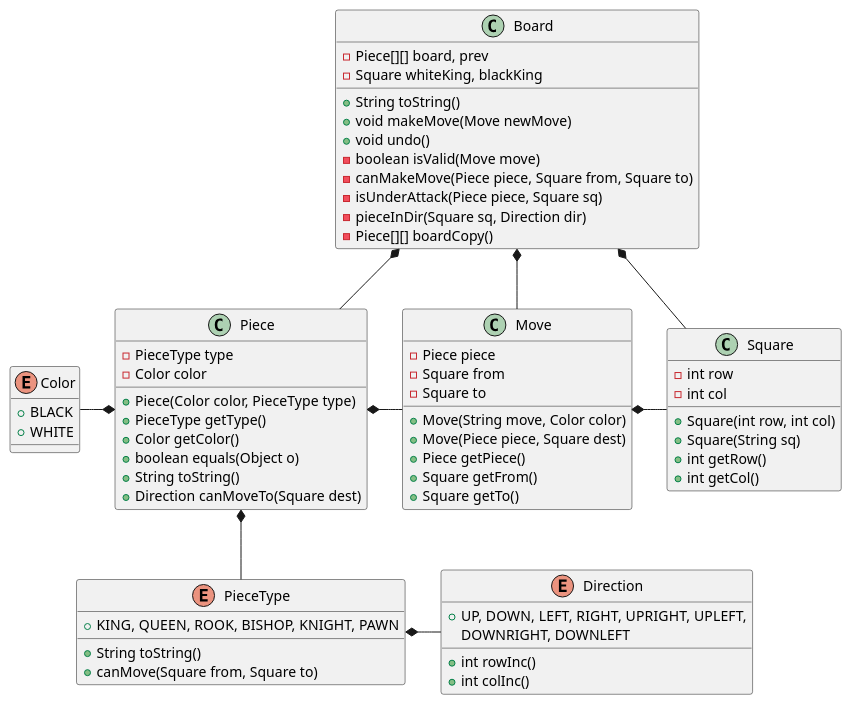
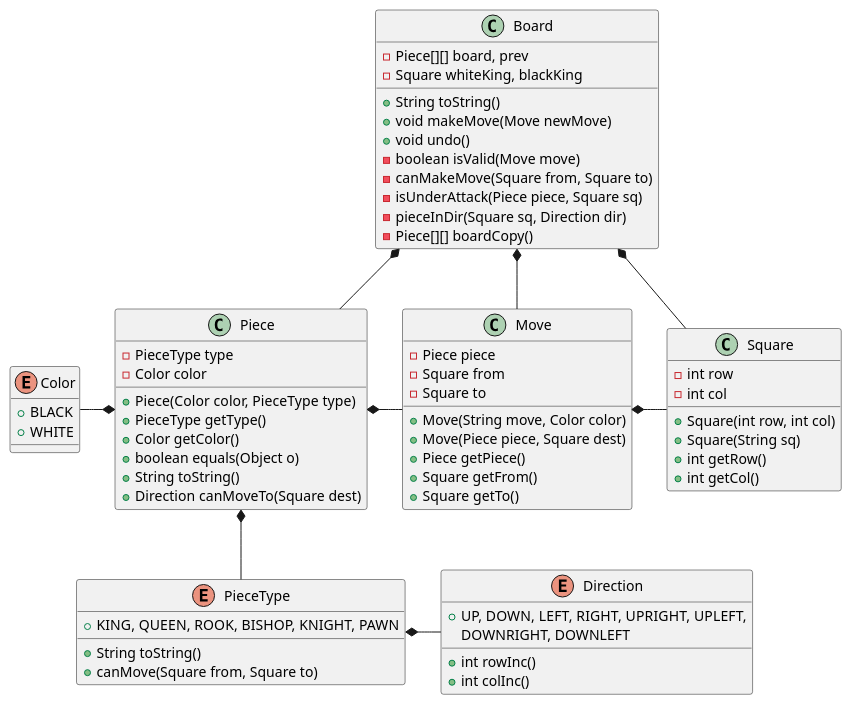
One commit to rodrihern/POO-ITBA changed the diagram in src/Chess/utils/Chess_diagram.puml. Above: the diagram before and after it, drawn with PlantUML. The commit also changed 1 other file, not shown here.

Commit message:
finished canMakeMove function in Board

```diff
--- a/src/Chess/utils/Chess_diagram.puml
+++ b/src/Chess/utils/Chess_diagram.puml
@@ -1,75 +1,75 @@
 @startuml
 
 
 class Board {
     -Piece[][] board, prev
     -Square whiteKing, blackKing
     +String toString()
     +void makeMove(Move newMove)
     +void undo()
     -boolean isValid(Move move)
-    -canMakeMove(Piece piece, Square from, Square to)
+    -canMakeMove(Square from, Square to)
     -isUnderAttack(Piece piece, Square sq)
     -pieceInDir(Square sq, Direction dir)
     -Piece[][] boardCopy()
 }
 
 class Piece {
     -PieceType type
     -Color color
     +Piece(Color color, PieceType type)
     +PieceType getType()
     +Color getColor()
     +boolean equals(Object o)
     +String toString()
     +Direction canMoveTo(Square dest)
 }
 
 class Move {
     -Piece piece
     -Square from
     -Square to
     +Move(String move, Color color)
     +Move(Piece piece, Square dest)
     +Piece getPiece()
     +Square getFrom()
     +Square getTo()
 }
 
 class Square {
     -int row
     -int col
     +Square(int row, int col)
     +Square(String sq)
     +int getRow()
     +int getCol()
 }
 
 enum Color {
     +BLACK
     +WHITE
 }
 
 enum Direction {
     +UP, DOWN, LEFT, RIGHT, UPRIGHT, UPLEFT,
     DOWNRIGHT, DOWNLEFT
     +int rowInc()
     +int colInc()
 }
 
 enum PieceType {
     +KING, QUEEN, ROOK, BISHOP, KNIGHT, PAWN
     +String toString()
     +canMove(Square from, Square to)
 }
 
 Board *- Move
 Board *-- Square
 Move *- Square
 Piece *- Move
 Board *-- Piece
 Piece *-- PieceType
 PieceType *- Direction
 Color -* Piece
 
 @enduml
```
